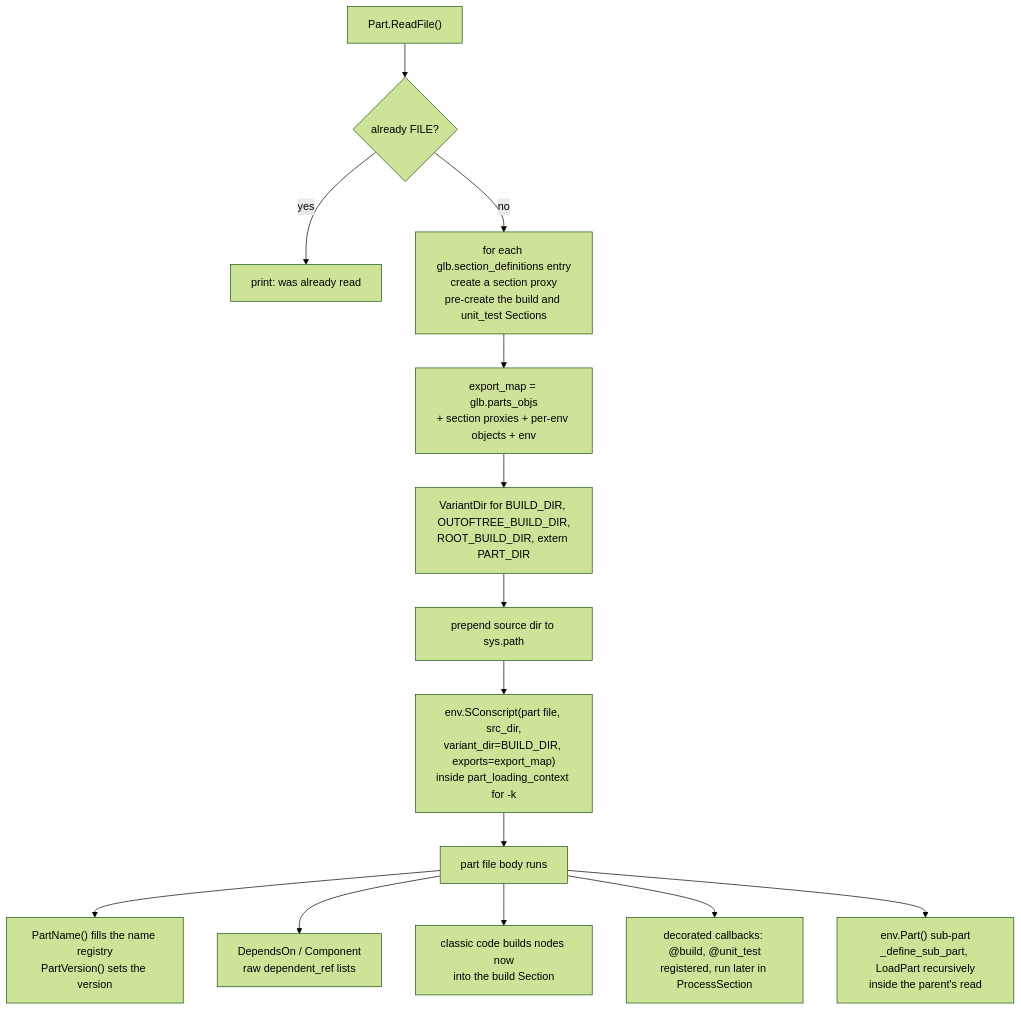
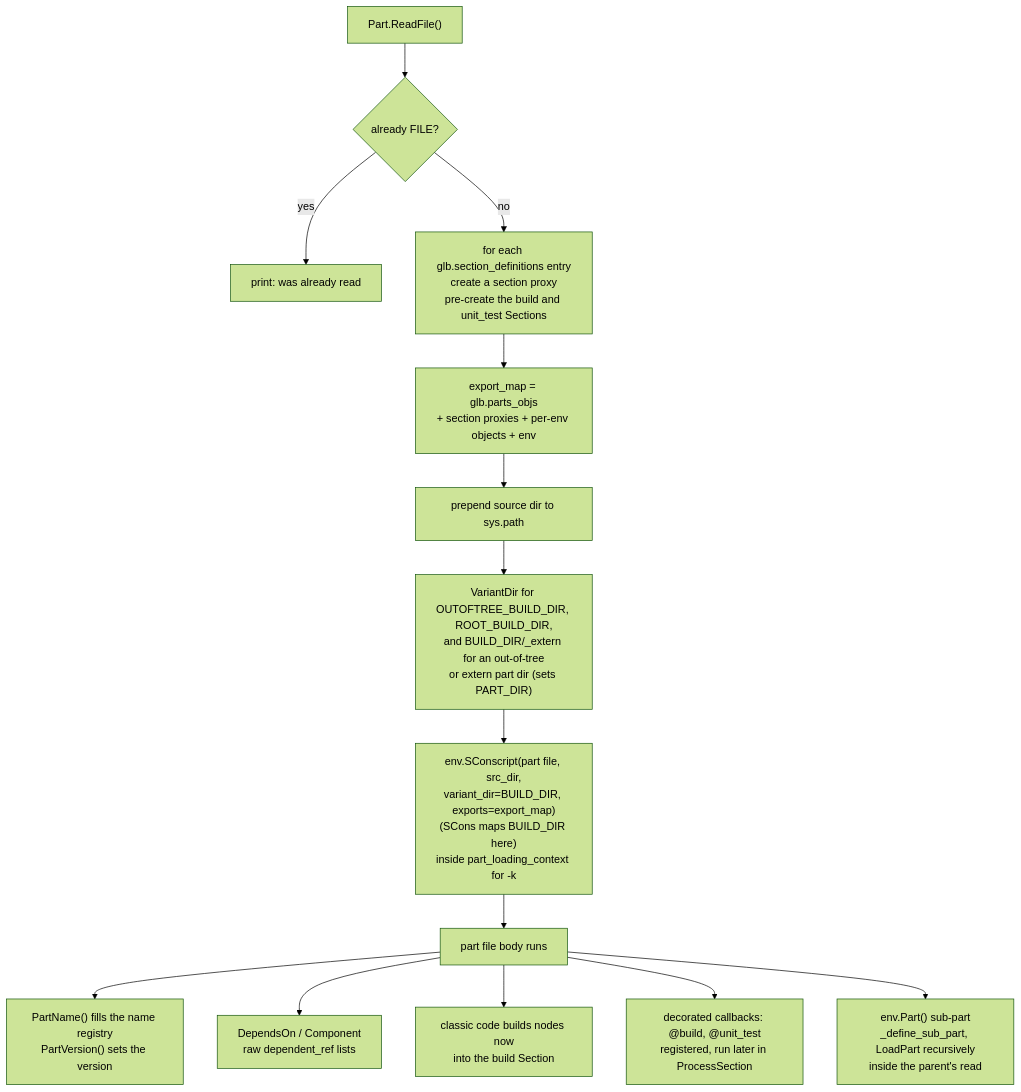
The third of 4 diagrams in doc/architecture/03-part-loading.md (sconsparts/parts), drawn with Mermaid (forest theme) before and after one commit. The commit also changed other lines of this file and 8 other files, not shown here.

First line of the commit message:
Correct the architecture maps after an order-and-attribution review

````diff
--- a/doc/architecture/03-part-loading.md
+++ b/doc/architecture/03-part-loading.md
@@ -59,16 +59,16 @@
 ```mermaid
 flowchart TD
     A["Part.ReadFile()"] --> B{"already FILE?"}
     B -->|"yes"| B1["print: was already read"]
     B -->|"no"| C["for each glb.section_definitions entry<br/>create a section proxy<br/>pre-create the build and unit_test Sections"]
     C --> D["export_map = glb.parts_objs<br/>+ section proxies + per-env objects + env"]
-    D --> E["VariantDir for BUILD_DIR, OUTOFTREE_BUILD_DIR,<br/>ROOT_BUILD_DIR, extern PART_DIR"]
-    E --> F["prepend source dir to sys.path"]
-    F --> G["env.SConscript(part file, src_dir,<br/>variant_dir=BUILD_DIR, exports=export_map)<br/>inside part_loading_context for -k"]
+    D --> E["prepend source dir to sys.path"]
+    E --> F["VariantDir for OUTOFTREE_BUILD_DIR, ROOT_BUILD_DIR,<br/>and BUILD_DIR/_extern for an out-of-tree<br/>or extern part dir (sets PART_DIR)"]
+    F --> G["env.SConscript(part file, src_dir,<br/>variant_dir=BUILD_DIR, exports=export_map)<br/>(SCons maps BUILD_DIR here)<br/>inside part_loading_context for -k"]
     G --> H["part file body runs"]
     H --> H1["PartName() fills the name registry<br/>PartVersion() sets the version"]
     H --> H2["DependsOn / Component<br/>raw dependent_ref lists"]
     H --> H3["classic code builds nodes now<br/>into the build Section"]
     H --> H4["decorated callbacks: @build, @unit_test<br/>registered, run later in ProcessSection"]
     H --> H5["env.Part() sub-part<br/>_define_sub_part, LoadPart recursively<br/>inside the parent's read"]
 ```
````
